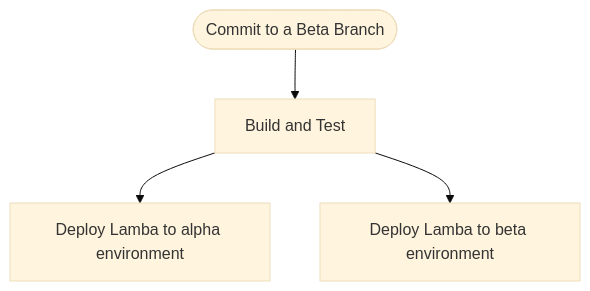
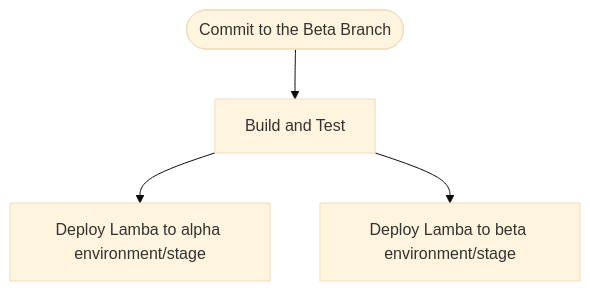
The second of 3 diagrams in .github/workflows/README.md (bogeorge/githubworkflow), drawn with Mermaid (base theme) before and after one commit. The commit also changed other lines of this file and 15 other files, not shown here.

````diff
--- a/.github/workflows/README.md
+++ b/.github/workflows/README.md
@@ -36,7 +36,7 @@
 ```mermaid
 graph TD;
-    id1([Commit to a Beta Branch])
+    id1([Commit to the Beta Branch])
     -->id2[Build and Test]
-    id2 --> id3[Deploy Lamba to alpha environment]
-    id2 --> id4[Deploy Lamba to beta environment]
+    id2 --> id3[Deploy Lamba to alpha environment/stage]
+    id2 --> id4[Deploy Lamba to beta environment/stage]
 ```   
````
